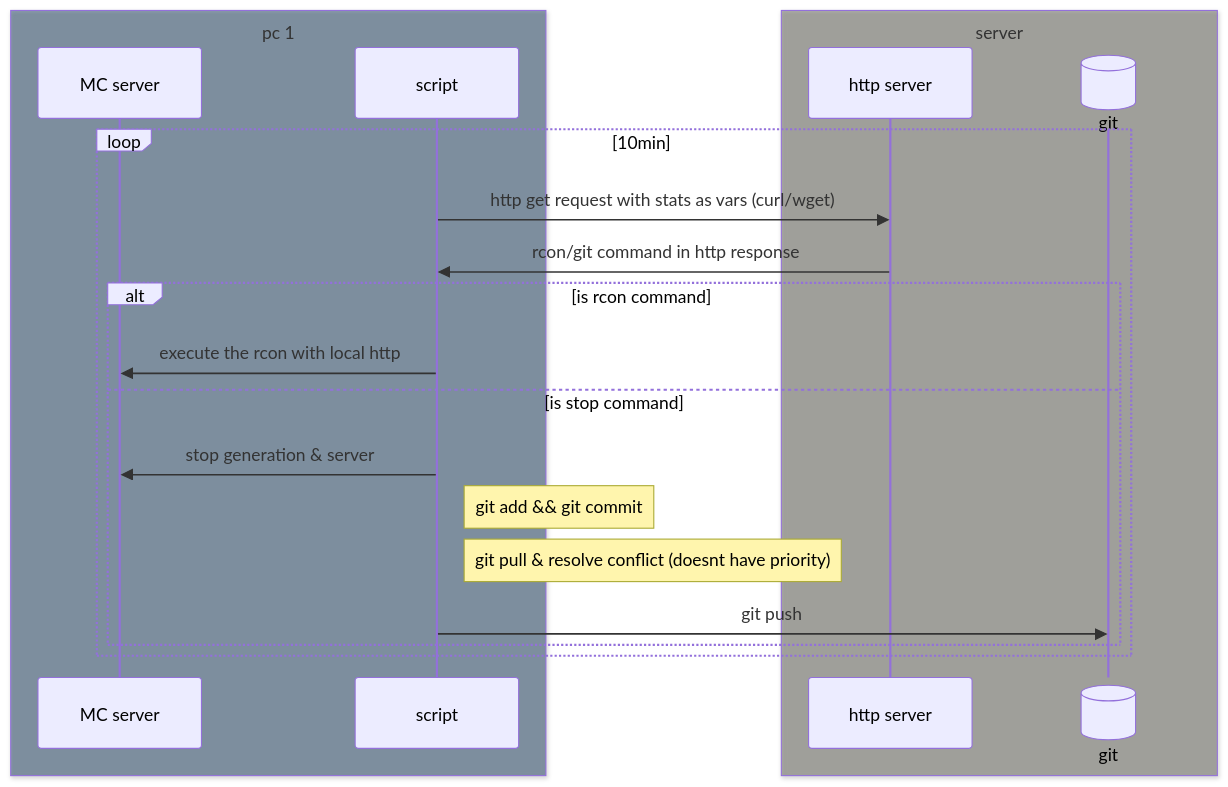
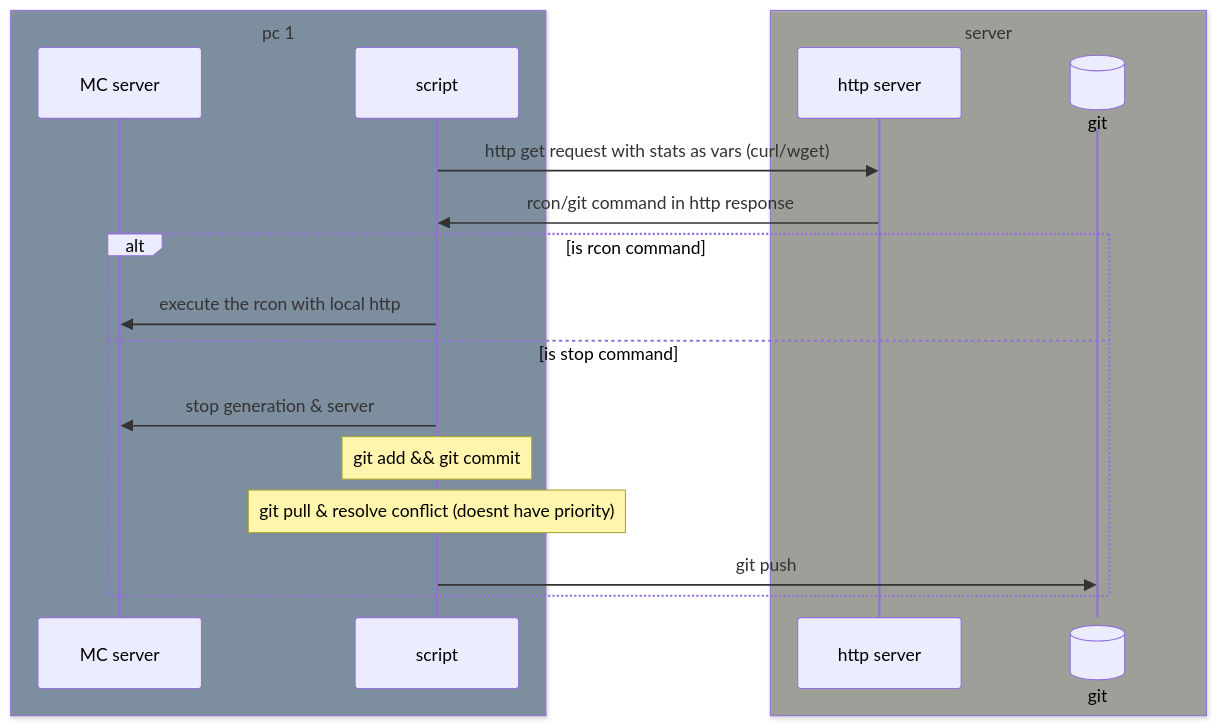
Before and after one commit to Marius-PA/MCMultiChunk: the diagram in README.md, drawn with Mermaid. The commit also changed other lines of this file, not shown here.

Commit message:
Refactor README.md for better readability
Updated README formatting and improved clarity of notes.

````diff
--- a/README.md
+++ b/README.md
@@ -7,23 +7,21 @@
 ```mermaid
 sequenceDiagram
 box rgba(33,66,99,0.5) pc 1
 participant MC server
 participant script
 end
 box rgba(100,100,90,0.5) server
 participant http server
 participant git@{ "type" : "database" }
 end
-loop 10min
     script->> http server: http get request with stats as vars (curl/wget)
     http server ->> script: rcon/git command in http response
     alt is rcon command
     script ->> MC server: execute the rcon with local http
     else is stop command
     script ->> MC server: stop generation & server
-    note right of script: git add && git commit
-    note right of script: git pull & resolve conflict (doesnt have priority)
+    note over script: git add && git commit
+    note over script: git pull & resolve conflict (doesnt have priority)
     script ->> git: git push
     end
-end
 ```
````
